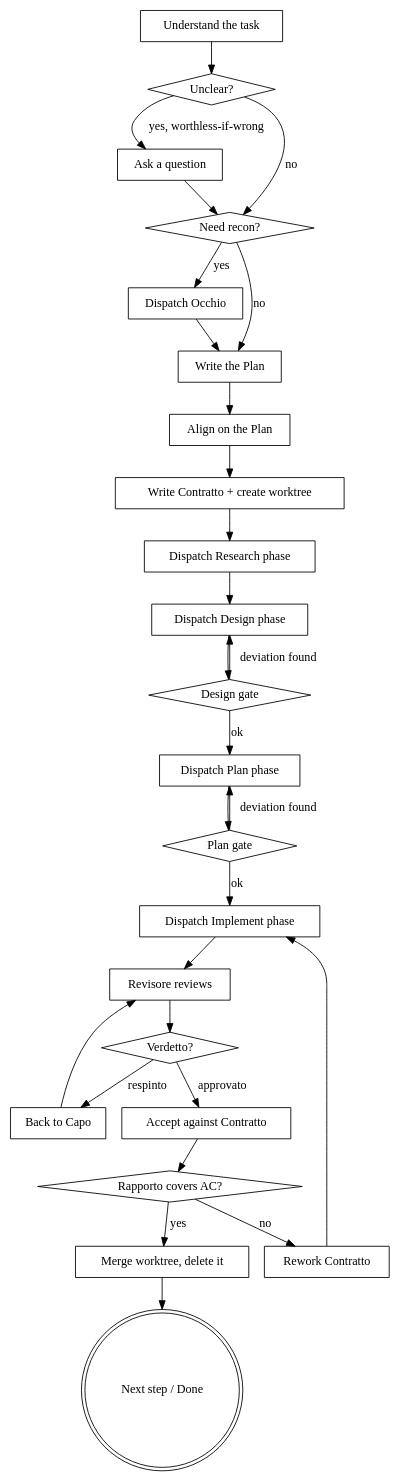
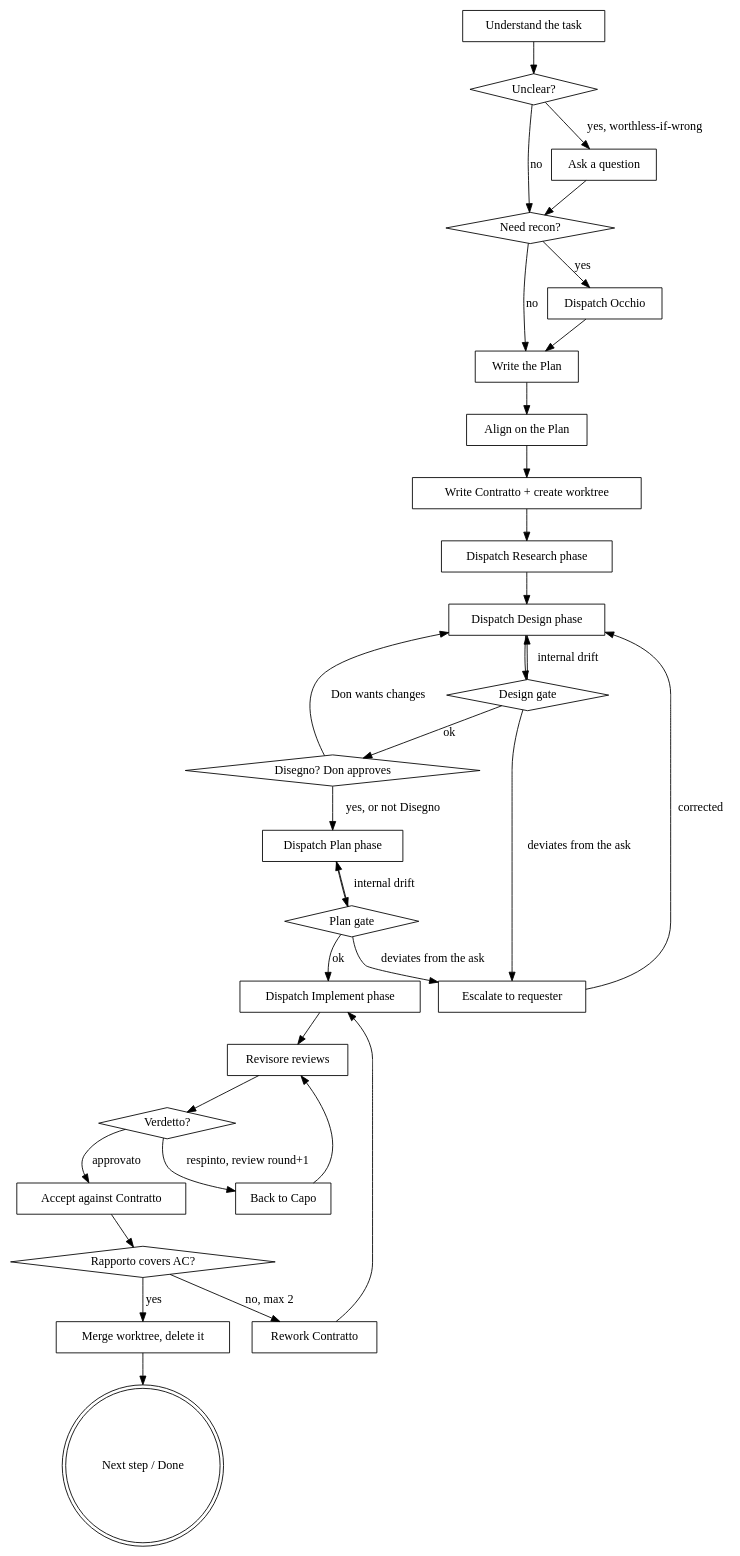
One commit to rokde/cosa-skills changed the diagram in skills/consigliere/SKILL.md. Above: the diagram before and after it, drawn with Graphviz. The commit also changed other lines of this file and 3 other files, not shown here.

````diff
--- a/skills/consigliere/SKILL.md
+++ b/skills/consigliere/SKILL.md
@@ -36,54 +36,61 @@
 ```dot
 digraph consigliere {
     "Understand the task" [shape=box];
     "Unclear?" [shape=diamond];
     "Ask a question" [shape=box];
     "Need recon?" [shape=diamond];
     "Dispatch Occhio" [shape=box];
     "Write the Plan" [shape=box];
     "Align on the Plan" [shape=box];
     "Write Contratto + create worktree" [shape=box];
     "Dispatch Research phase" [shape=box];
     "Dispatch Design phase" [shape=box];
     "Design gate" [shape=diamond];
+    "Disegno? Don approves" [shape=diamond];
+    "Escalate to requester" [shape=box];
     "Dispatch Plan phase" [shape=box];
     "Plan gate" [shape=diamond];
     "Dispatch Implement phase" [shape=box];
     "Revisore reviews" [shape=box];
     "Verdetto?" [shape=diamond];
     "Back to Capo" [shape=box];
     "Accept against Contratto" [shape=box];
     "Rapporto covers AC?" [shape=diamond];
     "Rework Contratto" [shape=box];
     "Merge worktree, delete it" [shape=box];
     "Next step / Done" [shape=doublecircle];
 
     "Understand the task" -> "Unclear?";
     "Unclear?" -> "Ask a question" [label="yes, worthless-if-wrong"];
     "Ask a question" -> "Need recon?";
     "Unclear?" -> "Need recon?" [label="no"];
     "Need recon?" -> "Dispatch Occhio" [label="yes"];
     "Dispatch Occhio" -> "Write the Plan";
     "Need recon?" -> "Write the Plan" [label="no"];
     "Write the Plan" -> "Align on the Plan";
     "Align on the Plan" -> "Write Contratto + create worktree";
     "Write Contratto + create worktree" -> "Dispatch Research phase";
     "Dispatch Research phase" -> "Dispatch Design phase";
     "Dispatch Design phase" -> "Design gate";
-    "Design gate" -> "Dispatch Design phase" [label="deviation found"];
-    "Design gate" -> "Dispatch Plan phase" [label="ok"];
+    "Design gate" -> "Escalate to requester" [label="deviates from the ask"];
+    "Escalate to requester" -> "Dispatch Design phase" [label="corrected"];
+    "Design gate" -> "Dispatch Design phase" [label="internal drift"];
+    "Design gate" -> "Disegno? Don approves" [label="ok"];
+    "Disegno? Don approves" -> "Dispatch Design phase" [label="Don wants changes"];
+    "Disegno? Don approves" -> "Dispatch Plan phase" [label="yes, or not Disegno"];
     "Dispatch Plan phase" -> "Plan gate";
-    "Plan gate" -> "Dispatch Plan phase" [label="deviation found"];
+    "Plan gate" -> "Escalate to requester" [label="deviates from the ask"];
+    "Plan gate" -> "Dispatch Plan phase" [label="internal drift"];
     "Plan gate" -> "Dispatch Implement phase" [label="ok"];
     "Dispatch Implement phase" -> "Revisore reviews";
     "Revisore reviews" -> "Verdetto?";
-    "Verdetto?" -> "Back to Capo" [label="respinto"];
+    "Verdetto?" -> "Back to Capo" [label="respinto, review round+1"];
     "Back to Capo" -> "Revisore reviews";
     "Verdetto?" -> "Accept against Contratto" [label="approvato"];
     "Accept against Contratto" -> "Rapporto covers AC?";
-    "Rapporto covers AC?" -> "Rework Contratto" [label="no"];
+    "Rapporto covers AC?" -> "Rework Contratto" [label="no, max 2"];
     "Rework Contratto" -> "Dispatch Implement phase";
     "Rapporto covers AC?" -> "Merge worktree, delete it" [label="yes"];
     "Merge worktree, delete it" -> "Next step / Done";
 }
 ```
````
